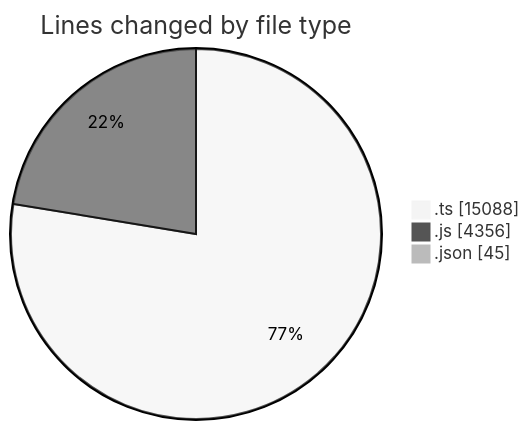
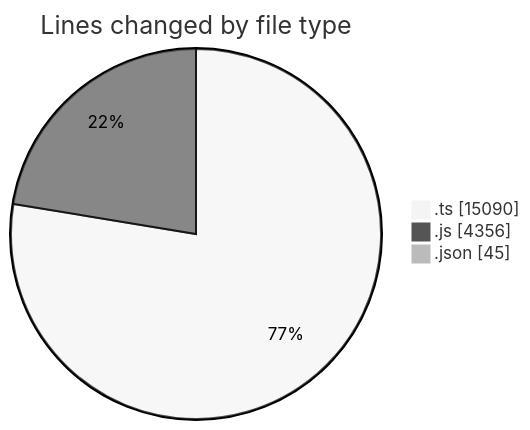
Before and after one commit to momahboobian/code-tracking: the first of 2 diagrams in 2025-07-29/cda/README.md, drawn with Mermaid (neutral theme). The commit also changed other lines of this file and 1 other file, not shown here.

````diff
--- a/2025-07-29/cda/README.md
+++ b/2025-07-29/cda/README.md
@@ -29,7 +29,7 @@
 ```mermaid
 pie showData
 title Lines changed by file type
-".ts" : 15088
+".ts" : 15090
 ".js" : 4356
 ".json" : 45
 ```
````
